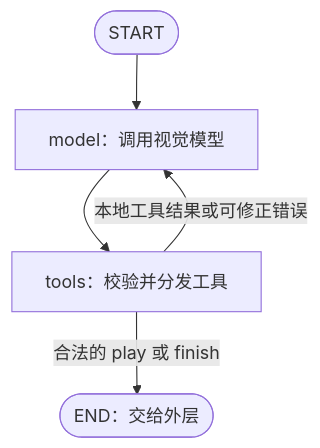
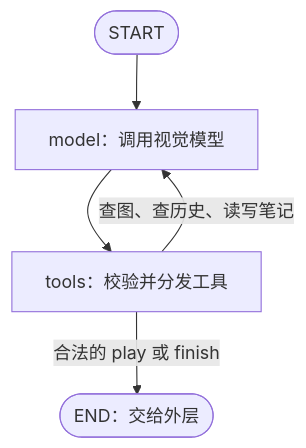
One commit to zhuyf25t/MuJoCo-VISTA-ACT changed the diagram in brains/vista/README.md. Above: the diagram before and after it, drawn with Mermaid. The commit also changed other lines of this file and 48 other files, not shown here.

````diff
--- a/brains/vista/README.md
+++ b/brains/vista/README.md
@@ -81,7 +36,7 @@
 ```mermaid
 flowchart TD
-    start([START]) --> model[model：调用视觉模型]
-    model --> tools[tools：校验并分发工具]
-    tools -->|本地工具结果或可修正错误| model
-    tools -->|合法的 play 或 finish| stop([END：交给外层])
+    start([START]) --> model["model：调用视觉模型"]
+    model --> tools["tools：校验并分发工具"]
+    tools -->|查图、查历史、读写笔记| model
+    tools -->|合法的 play 或 finish| stop(["END：交给外层"])
 ```
````
